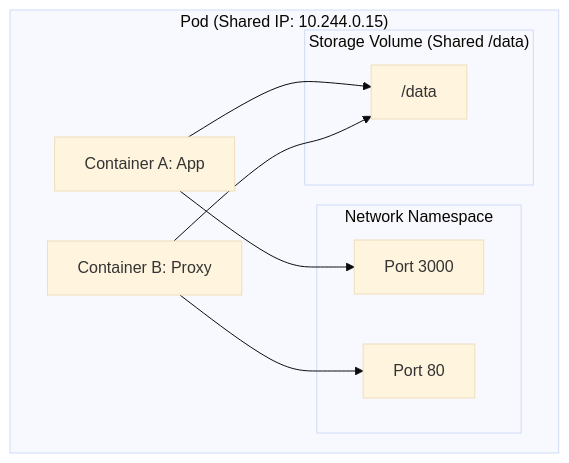
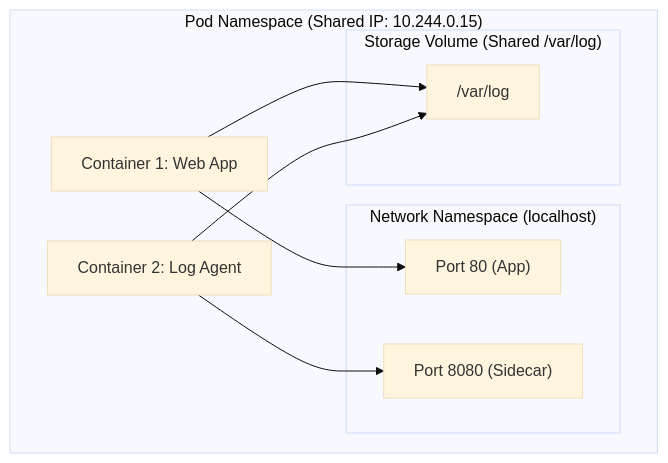
The diagram in docs/lessons/0002-pod-anatomy.md (Rohit1024/kubernetes), drawn with Mermaid (base theme) before and after one commit. The commit also changed other lines of this file and 42 other files, not shown here.

````diff
--- a/docs/lessons/0002-pod-anatomy.md
+++ b/docs/lessons/0002-pod-anatomy.md
@@ -17,16 +20,16 @@
 ```mermaid
 graph TD
-    subgraph Pod ["Pod (Shared IP: 10.244.0.15)"]
-        subgraph SharedNet ["Network Namespace"]
-            Port80["Port 80"]
-            Port3000["Port 3000"]
+    subgraph Pod ["Pod Namespace (Shared IP: 10.244.0.15)"]
+        subgraph SharedNet ["Network Namespace (localhost)"]
+            Port80["Port 80 (App)"]
+            Port8080["Port 8080 (Sidecar)"]
         end
-        subgraph SharedVol ["Storage Volume (Shared /data)"]
-            VolMount["/data"]
+        subgraph SharedVol ["Storage Volume (Shared /var/log)"]
+            VolMount["/var/log"]
         end
-        App["Container A: App"] --> Port3000
-        App --> VolMount
-        Proxy["Container B: Proxy"] --> Port80
-        Proxy --> VolMount
+        AppContainer["Container 1: Web App"] --> Port80
+        AppContainer --> VolMount
+        SidecarContainer["Container 2: Log Agent"] --> Port8080
+        SidecarContainer --> VolMount
     end
 ```
````
